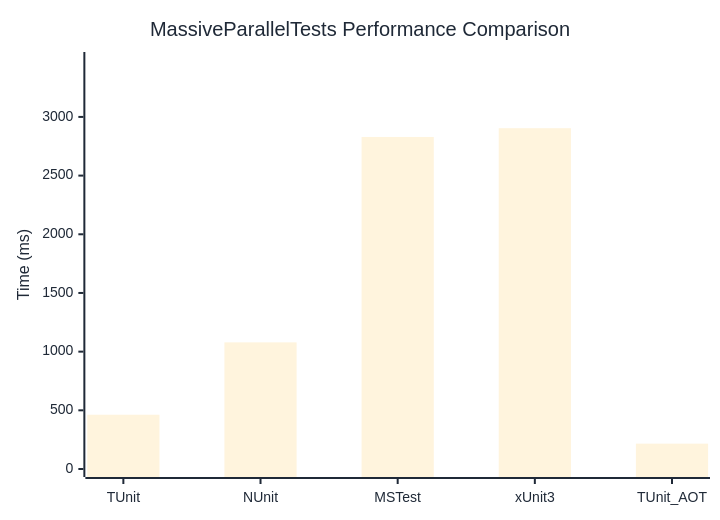
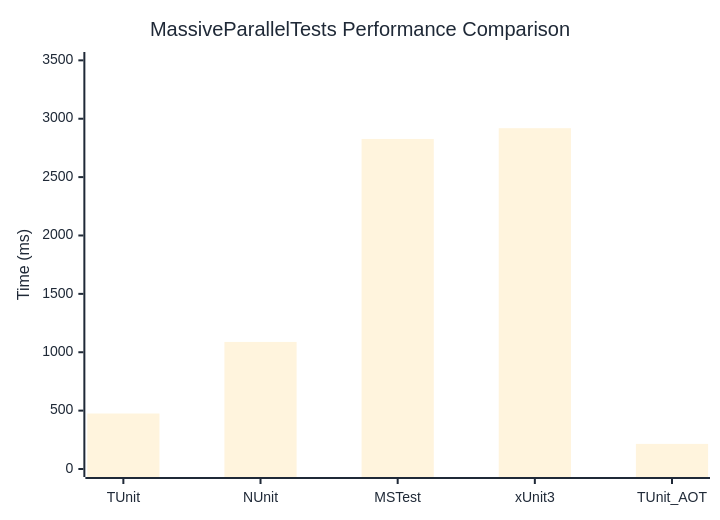
One commit to thomhurst/TUnit changed the diagram in docs/docs/benchmarks/engine/MassiveParallelTests.md. Above: the diagram before and after it, drawn with Mermaid. The commit also changed other lines of this file and 17 other files, not shown here.

````diff
--- a/docs/docs/benchmarks/engine/MassiveParallelTests.md
+++ b/docs/docs/benchmarks/engine/MassiveParallelTests.md
@@ -29,37 +29,37 @@
 ```mermaid
 %%{init: {
   'theme':'base',
   'themeVariables': {
     'primaryColor': '#2563eb',
     'primaryTextColor': '#1f2937',
     'primaryBorderColor': '#1e40af',
     'lineColor': '#6b7280',
     'secondaryColor': '#7c3aed',
     'tertiaryColor': '#dc2626',
     'background': '#ffffff',
     'mainBkg': '#2563eb',
     'secondBkg': '#7c3aed',
     'tertiaryBkg': '#dc2626',
     'clusterBkg': '#f3f4f6',
     'edgeLabelBackground': '#ffffff',
     'tertiaryTextColor': '#1f2937',
     'pie1': '#2563eb',
     'pie2': '#7c3aed',
     'pie3': '#dc2626',
     'pie4': '#f59e0b',
     'pie5': '#10b981',
     'pie6': '#06b6d4',
     'pie7': '#ec4899',
     'pie8': '#6366f1',
     'pie9': '#84cc16',
     'pie10': '#f97316',
     'pie11': '#14b8a6',
     'pie12': '#a855f7'
   }
 }}%%
 xychart-beta
   title "MassiveParallelTests Performance Comparison"
   x-axis ["TUnit", "NUnit", "MSTest", "xUnit3", "TUnit_AOT"]
-  y-axis "Time (ms)" 0 --> 3485
-  bar [462.5, 1079.1, 2829.3, 2903.9, 216]
+  y-axis "Time (ms)" 0 --> 3503
+  bar [475.2, 1088.4, 2826.7, 2918.9, 214.9]
 ```
````
